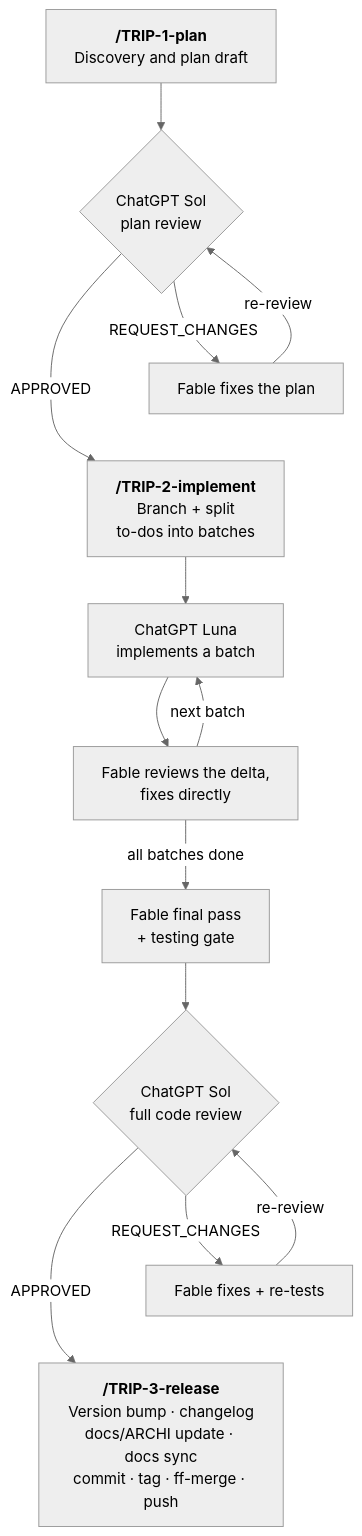
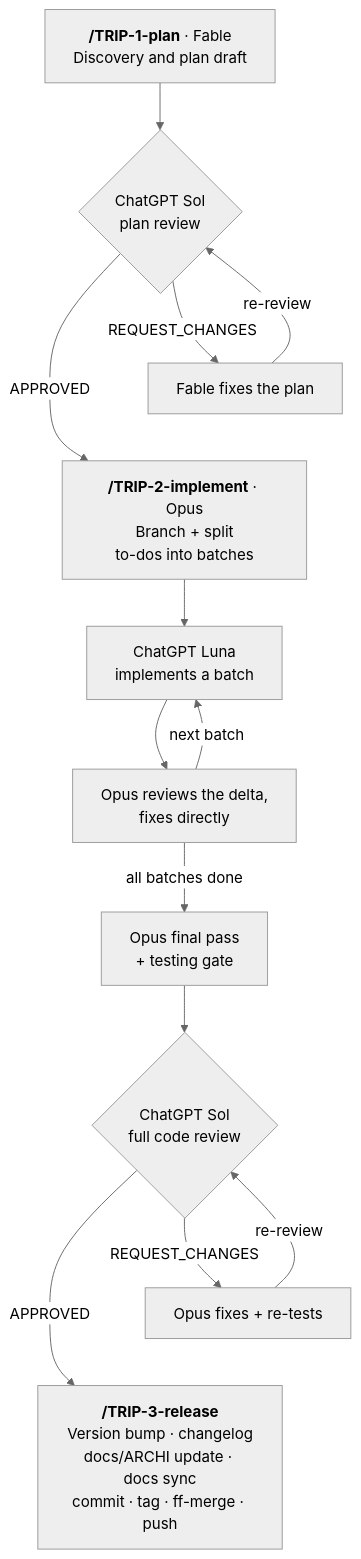
One commit to PiLastDigit/TRIP-workflow changed the diagram in README.md. Above: the diagram before and after it, drawn with Mermaid (neutral theme). The commit also changed other lines of this file and 2 other files, not shown here.

First line of the commit message:
release: v2.8.0 — TRIP-1 discovery upgrade (per-question recommendations + alignment loop), vertical-slice guidance, --speedrun renamed to --yolo

````diff
--- a/README.md
+++ b/README.md
@@ -146,17 +146,17 @@
 ```mermaid
 flowchart TD
-    A["<b>/TRIP-1-plan</b><br/>Discovery and plan draft"] --> B{"ChatGPT Sol<br/>plan review"}
+    A["<b>/TRIP-1-plan</b> · Fable<br/>Discovery and plan draft"] --> B{"ChatGPT Sol<br/>plan review"}
     B -->|"REQUEST_CHANGES"| Bf["Fable fixes the plan"]
     Bf -->|"re-review"| B
-    B -->|"APPROVED"| D["<b>/TRIP-2-implement</b><br/>Branch + split<br/>to-dos into batches"]
+    B -->|"APPROVED"| D["<b>/TRIP-2-implement</b> · Opus<br/>Branch + split<br/>to-dos into batches"]
     Bf ~~~ D
     D --> E["ChatGPT Luna<br/>implements a batch"]
-    E --> F["Fable reviews the delta,<br/>fixes directly"]
+    E --> F["Opus reviews the delta,<br/>fixes directly"]
     F -->|"next batch"| E
-    F -->|"all batches done"| G["Fable final pass<br/>+ testing gate"]
+    F -->|"all batches done"| G["Opus final pass<br/>+ testing gate"]
     G --> H{"ChatGPT Sol<br/>full code review"}
-    H -->|"REQUEST_CHANGES"| Hf["Fable fixes + re-tests"]
+    H -->|"REQUEST_CHANGES"| Hf["Opus fixes + re-tests"]
     Hf -->|"re-review"| H
     H -->|"APPROVED"| K["<b>/TRIP-3-release</b><br/>Version bump · changelog<br/>docs/ARCHI update · docs sync<br/>commit · tag · ff-merge · push"]
     Hf ~~~ K
 ```
````
